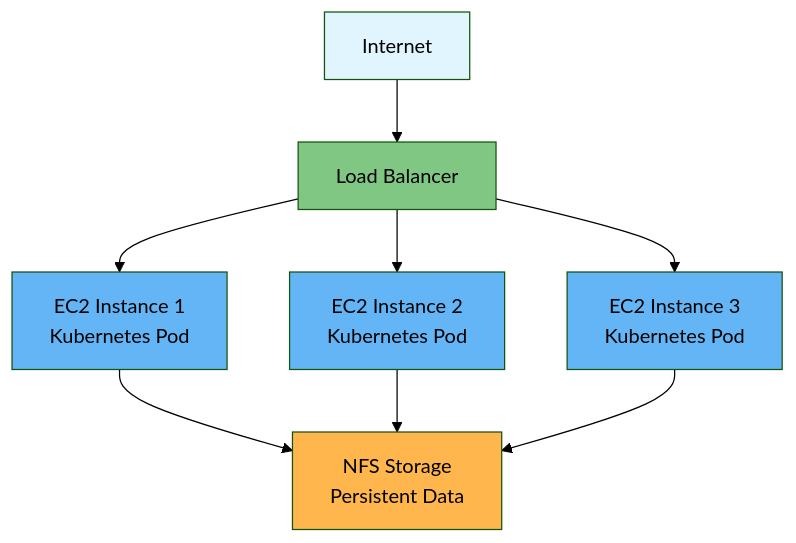
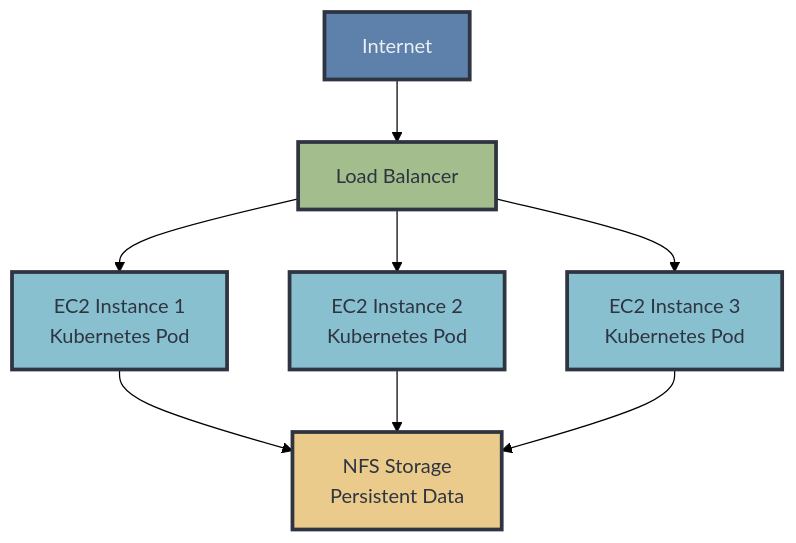
One commit to ArtiomKrits92/Devops_Final_Project changed the second of 2 diagrams in README.md. Above: the diagram before and after it, drawn with Mermaid (forest theme). The commit also changed other lines of this file, not shown here.

Commit message:
Apply Nord color scheme to diagrams for dark/light mode compatibility

````diff
--- a/README.md
+++ b/README.md
@@ -266,17 +266,17 @@
 ```mermaid
 graph TB
     Internet[Internet] --> LB[Load Balancer]
     LB --> EC2-1[EC2 Instance 1<br/>Kubernetes Pod]
     LB --> EC2-2[EC2 Instance 2<br/>Kubernetes Pod]
     LB --> EC2-3[EC2 Instance 3<br/>Kubernetes Pod]
     EC2-1 --> NFS[NFS Storage<br/>Persistent Data]
     EC2-2 --> NFS
     EC2-3 --> NFS
     
-    style Internet fill:#e1f5ff
-    style LB fill:#81c784
-    style EC2-1 fill:#64b5f6
-    style EC2-2 fill:#64b5f6
-    style EC2-3 fill:#64b5f6
-    style NFS fill:#ffb74d
+    style Internet fill:#5e81ac,stroke:#2e3440,stroke-width:3px,color:#eceff4
+    style LB fill:#a3be8c,stroke:#2e3440,stroke-width:3px,color:#2e3440
+    style EC2-1 fill:#88c0d0,stroke:#2e3440,stroke-width:3px,color:#2e3440
+    style EC2-2 fill:#88c0d0,stroke:#2e3440,stroke-width:3px,color:#2e3440
+    style EC2-3 fill:#88c0d0,stroke:#2e3440,stroke-width:3px,color:#2e3440
+    style NFS fill:#ebcb8b,stroke:#2e3440,stroke-width:3px,color:#2e3440
 ```
````
